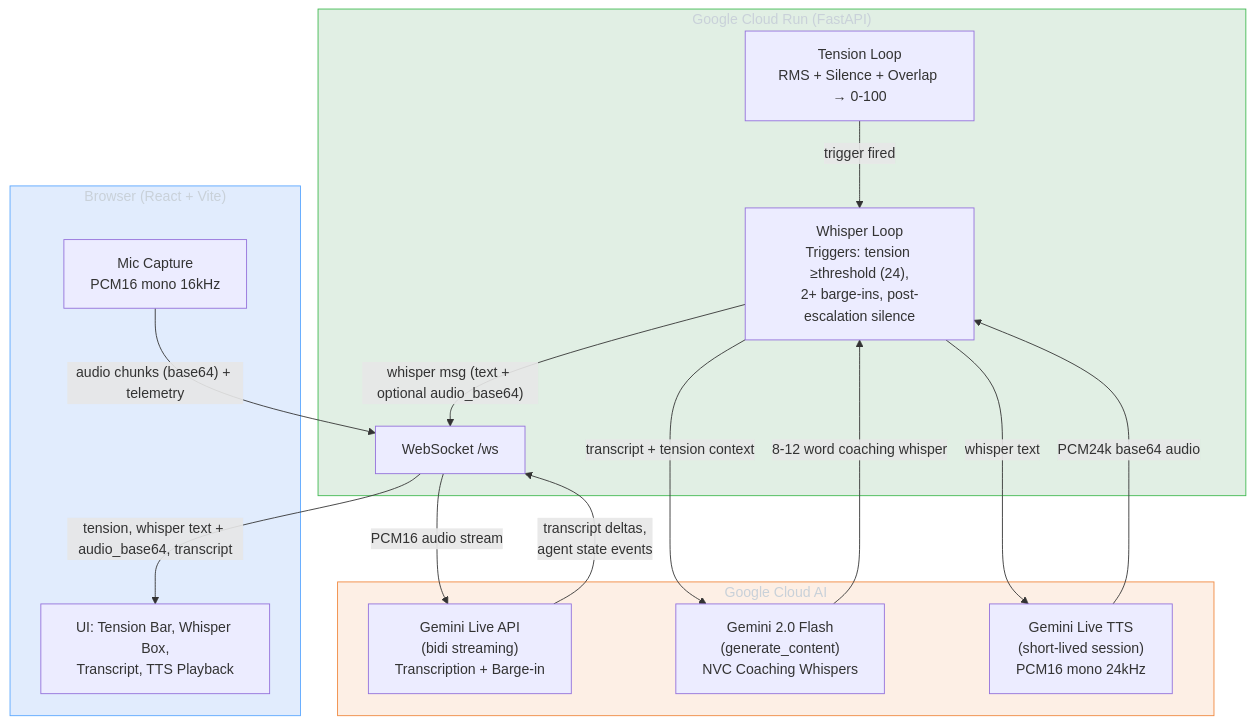
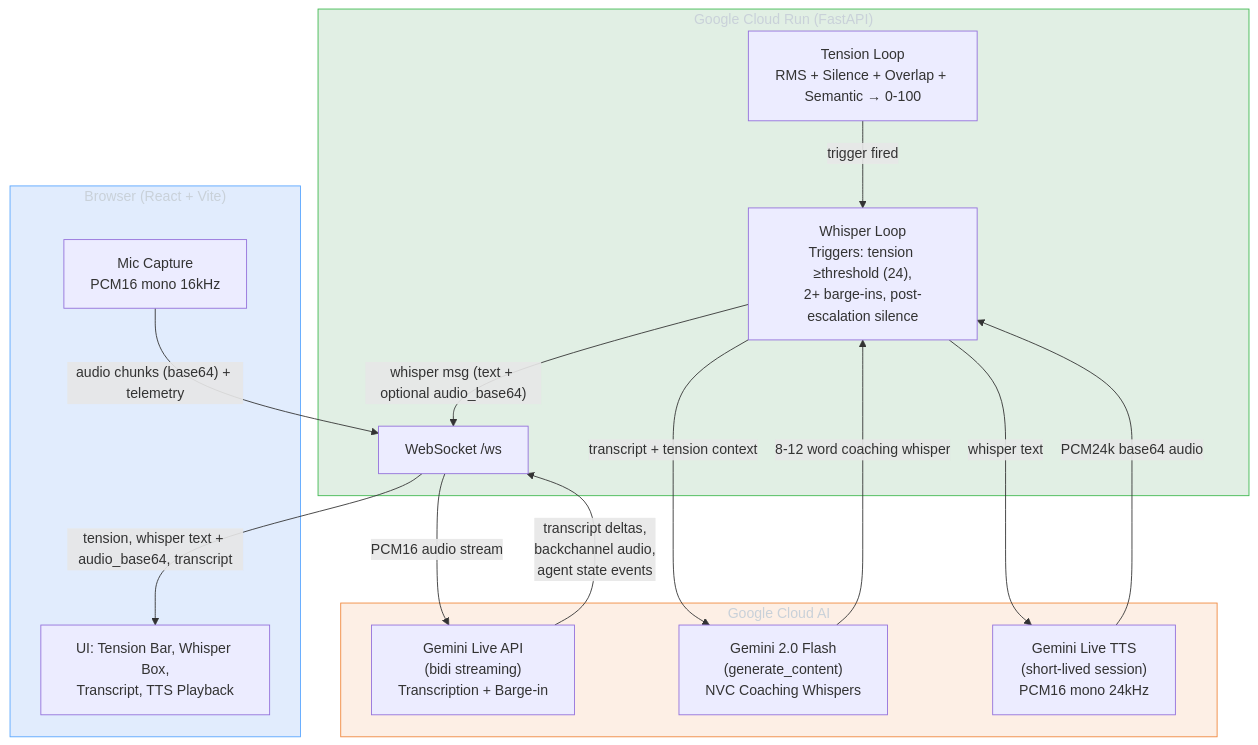
The diagram in docs/ARCHITECTURE.md (prabhakaran-jm/gemini-live-empathic-copilot), drawn with Mermaid before and after one commit. The commit also changed other lines of this file and 11 other files, not shown here.

Commit message:
Add conversational backchanneling via Gemini Live audio output

````diff
--- a/docs/ARCHITECTURE.md
+++ b/docs/ARCHITECTURE.md
@@ -5,34 +5,34 @@
 ```mermaid
 graph TB
     subgraph Browser ["Browser (React + Vite)"]
         MIC["Mic Capture<br/>PCM16 mono 16kHz"]
         UI["UI: Tension Bar, Whisper Box,<br/>Transcript, TTS Playback"]
     end
 
     subgraph CloudRun ["Google Cloud Run (FastAPI)"]
         WS["WebSocket /ws"]
-        TL["Tension Loop<br/>RMS + Silence + Overlap → 0-100"]
+        TL["Tension Loop<br/>RMS + Silence + Overlap + Semantic → 0-100"]
         WL["Whisper Loop<br/>Triggers: tension ≥threshold (24),<br/>2+ barge-ins, post-escalation silence"]
     end
 
     subgraph GCP ["Google Cloud AI"]
         LIVE["Gemini Live API<br/>(bidi streaming)<br/>Transcription + Barge-in"]
         FLASH["Gemini 2.0 Flash<br/>(generate_content)<br/>NVC Coaching Whispers"]
         LIVETTS["Gemini Live TTS<br/>(short-lived session)<br/>PCM16 mono 24kHz"]
     end
 
     MIC -- "audio chunks (base64) + telemetry" --> WS
     WS -- "tension, whisper text + audio_base64, transcript" --> UI
     WS -- "PCM16 audio stream" --> LIVE
-    LIVE -- "transcript deltas,<br/>agent state events" --> WS
+    LIVE -- "transcript deltas,<br/>backchannel audio,<br/>agent state events" --> WS
     TL -- "trigger fired" --> WL
     WL -- "transcript + tension context" --> FLASH
     FLASH -- "8-12 word coaching whisper" --> WL
     WL -- "whisper text" --> LIVETTS
     LIVETTS -- "PCM24k base64 audio" --> WL
     WL -- "whisper msg (text + optional audio_base64)" --> WS
 
     style Browser fill:#1f6feb22,stroke:#58a6ff,color:#c9d1d9
     style CloudRun fill:#23863622,stroke:#3fb950,color:#c9d1d9
     style GCP fill:#f0883e22,stroke:#f0883e,color:#c9d1d9
 ```
````
